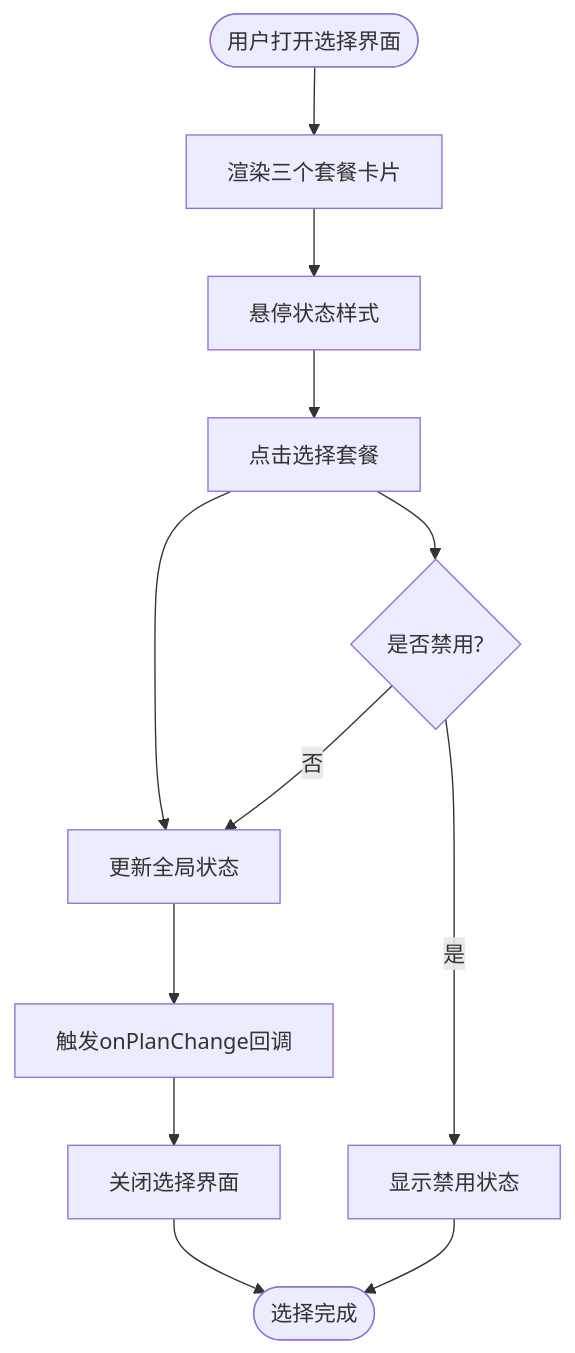
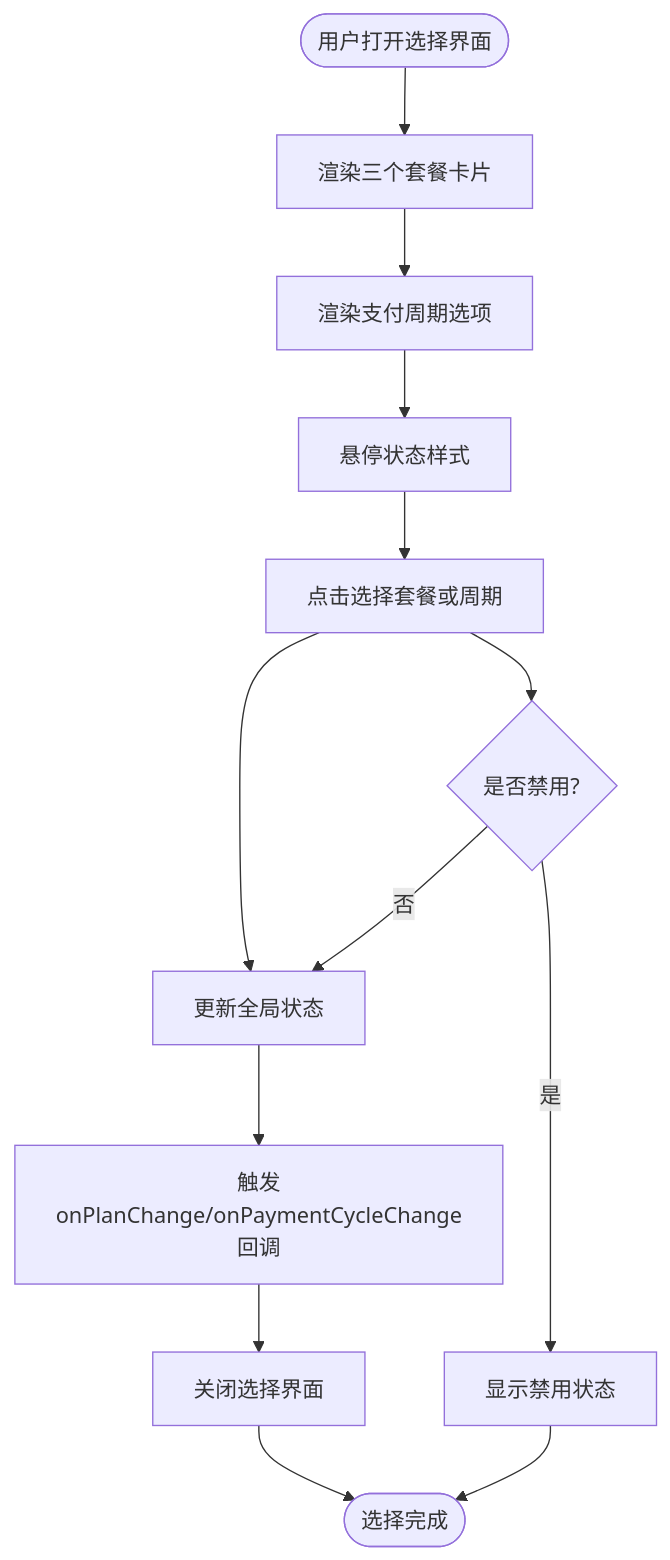
The fifth of 13 diagrams in .qoder/repowiki/zh/content/项目概述/核心功能特性/套餐选择系统.md (16499259-oss/GLM-sniper), drawn with Mermaid before and after one commit. The commit also changed other lines of this file and 9 other files, not shown here.

````diff
--- a/.qoder/repowiki/zh/content/项目概述/核心功能特性/套餐选择系统.md
+++ b/.qoder/repowiki/zh/content/项目概述/核心功能特性/套餐选择系统.md
@@ -203,14 +232,15 @@
 ```mermaid
 flowchart TD
 Start([用户打开选择界面]) --> RenderPlans["渲染三个套餐卡片"]
-RenderPlans --> HoverState["悬停状态样式"]
-HoverState --> ClickAction["点击选择套餐"]
+RenderPlans --> RenderCycles["渲染支付周期选项"]
+RenderCycles --> HoverState["悬停状态样式"]
+HoverState --> ClickAction["点击选择套餐或周期"]
 ClickAction --> UpdateState["更新全局状态"]
-UpdateState --> TriggerCallback["触发onPlanChange回调"]
+UpdateState --> TriggerCallback["触发onPlanChange/onPaymentCycleChange回调"]
 TriggerCallback --> CloseDialog["关闭选择界面"]
 CloseDialog --> End([选择完成])
 ClickAction --> DisabledCheck{"是否禁用?"}
 DisabledCheck --> |是| ShowDisabled["显示禁用状态"]
 DisabledCheck --> |否| UpdateState
 ShowDisabled --> End
 ```
````
